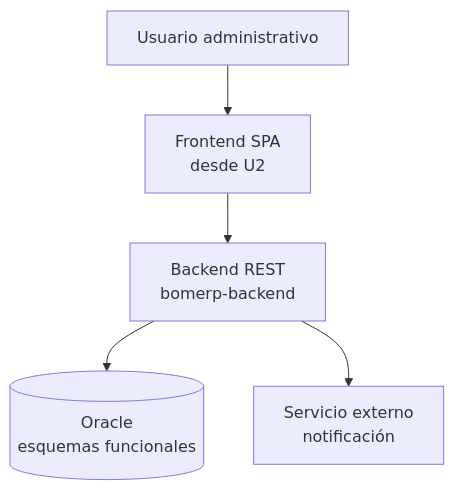
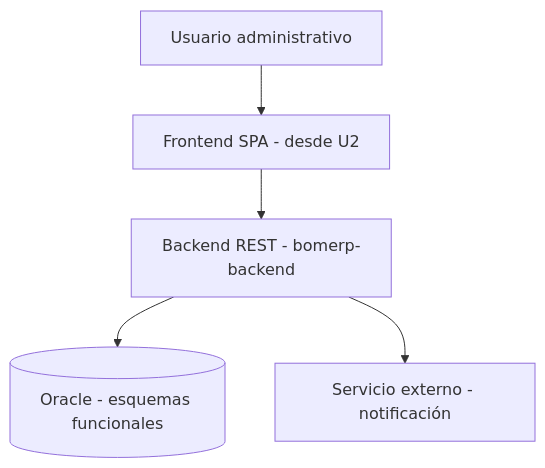
Before and after one commit to 262ciclo4/bomerp: the third of 3 diagrams in docs/ads/sesiones/S01_Fundamentos_Arquitectura_Software.md, drawn with Mermaid. The commit also changed other lines of this file and 1 other file, not shown here.

````diff
--- a/docs/ads/sesiones/S01_Fundamentos_Arquitectura_Software.md
+++ b/docs/ads/sesiones/S01_Fundamentos_Arquitectura_Software.md
@@ -194,13 +194,13 @@
 ```mermaid
 flowchart TB
     U[Usuario administrativo]
-    SPA[Frontend SPA<br/>desde U2]
-    API[Backend REST<br/>bomerp-backend]
-    DB[(Oracle<br/>esquemas funcionales)]
-    EXT[Servicio externo<br/>notificación]
+    SPA[Frontend SPA - desde U2]
+    API[Backend REST - bomerp-backend]
+    DB[(Oracle - esquemas funcionales)]
+    EXT[Servicio externo - notificación]
 
     U --> SPA
     SPA --> API
     API --> DB
     API --> EXT
 ```
````
